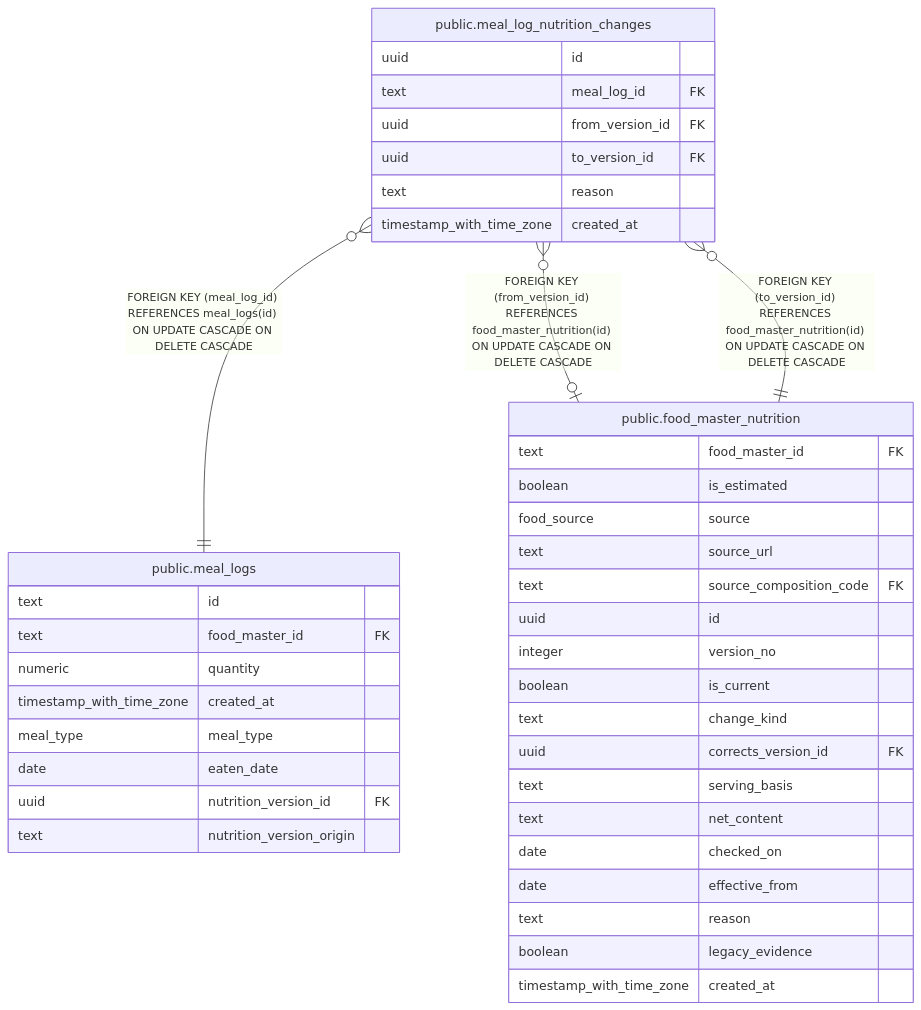
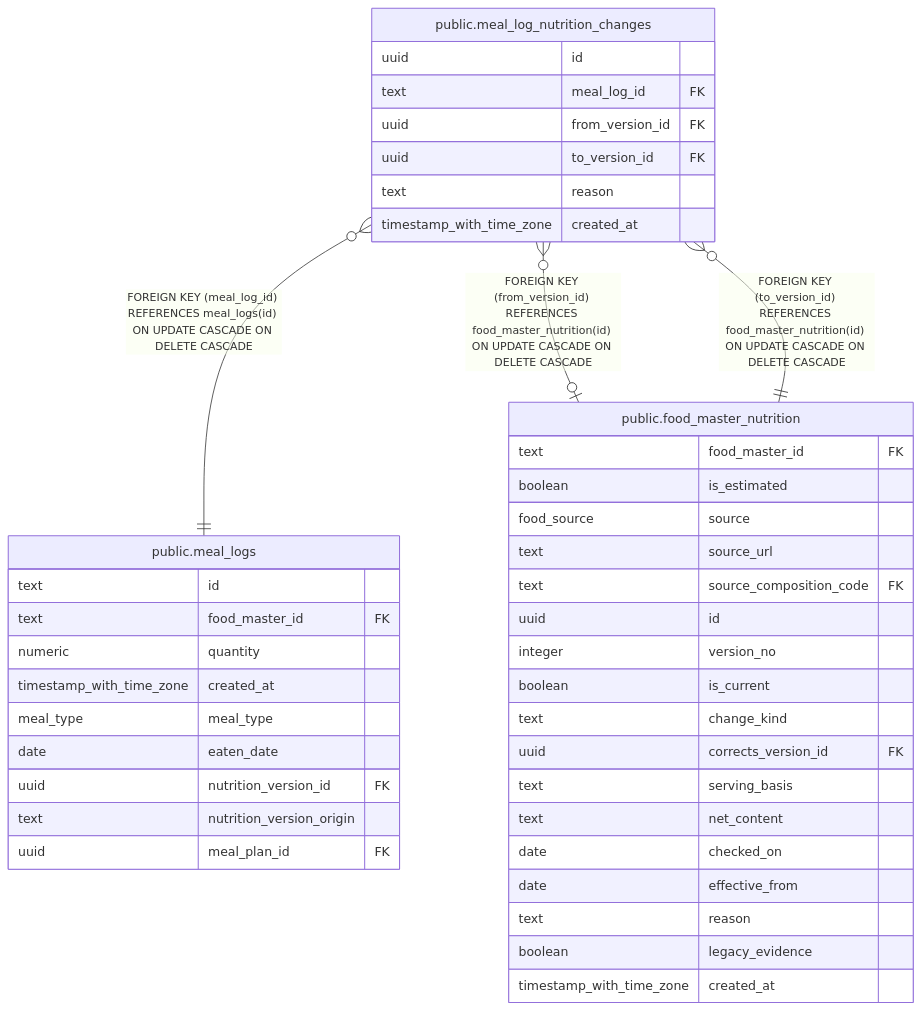
Before and after one commit to fohte/meshi: the diagram in server/docs/db/public.meal_log_nutrition_changes.md, drawn with Mermaid. The commit also changed 31 other files, not shown here.

Commit message:
meal-plan: link meal logs to planned meals (#295)

````diff
--- a/server/docs/db/public.meal_log_nutrition_changes.md
+++ b/server/docs/db/public.meal_log_nutrition_changes.md
@@ -43,45 +43,46 @@
 ```mermaid
 erDiagram
 
 "public.meal_log_nutrition_changes" }o--|| "public.meal_logs" : "FOREIGN KEY (meal_log_id) REFERENCES meal_logs(id) ON UPDATE CASCADE ON DELETE CASCADE"
 "public.meal_log_nutrition_changes" }o--o| "public.food_master_nutrition" : "FOREIGN KEY (from_version_id) REFERENCES food_master_nutrition(id) ON UPDATE CASCADE ON DELETE CASCADE"
 "public.meal_log_nutrition_changes" }o--|| "public.food_master_nutrition" : "FOREIGN KEY (to_version_id) REFERENCES food_master_nutrition(id) ON UPDATE CASCADE ON DELETE CASCADE"
 
 "public.meal_log_nutrition_changes" {
   uuid id
   text meal_log_id FK
   uuid from_version_id FK
   uuid to_version_id FK
   text reason
   timestamp_with_time_zone created_at
 }
 "public.meal_logs" {
   text id
   text food_master_id FK
   numeric quantity
   timestamp_with_time_zone created_at
   meal_type meal_type
   date eaten_date
   uuid nutrition_version_id FK
   text nutrition_version_origin
+  uuid meal_plan_id FK
 }
 "public.food_master_nutrition" {
   text food_master_id FK
   boolean is_estimated
   food_source source
   text source_url
   text source_composition_code FK
   uuid id
   integer version_no
   boolean is_current
   text change_kind
   uuid corrects_version_id FK
   text serving_basis
   text net_content
   date checked_on
   date effective_from
   text reason
   boolean legacy_evidence
   timestamp_with_time_zone created_at
 }
 ```
````
